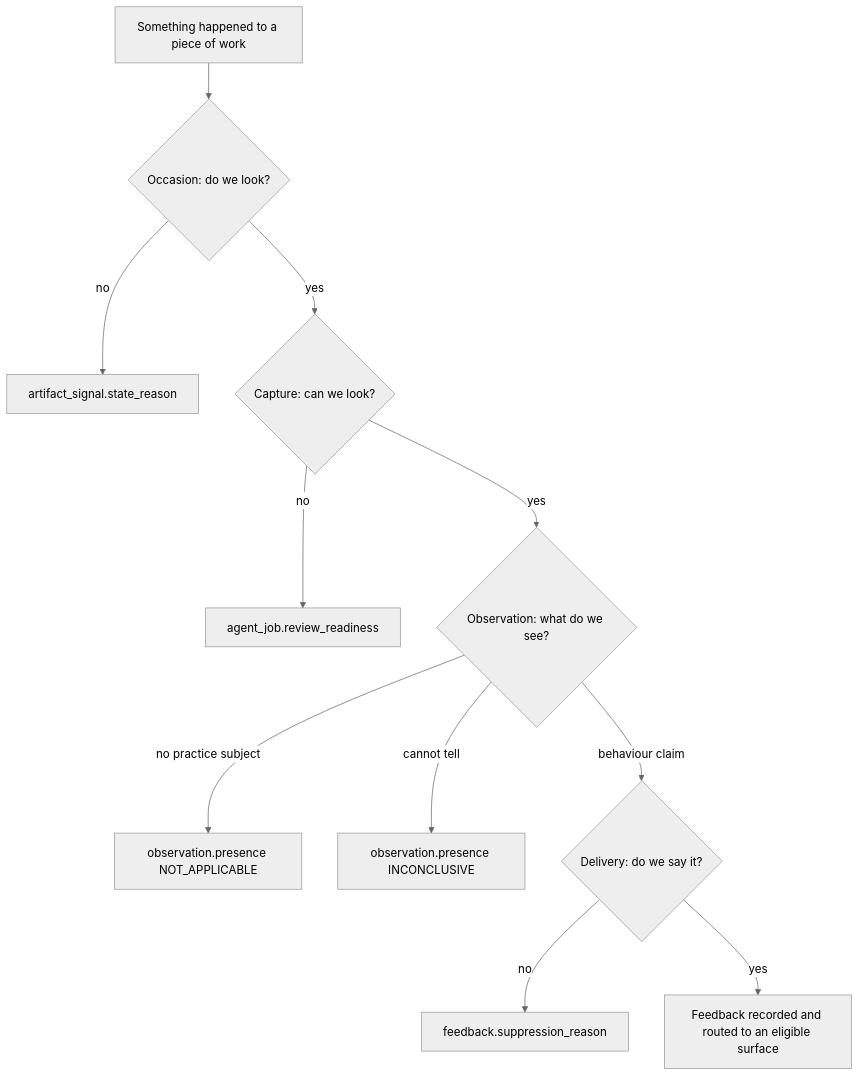
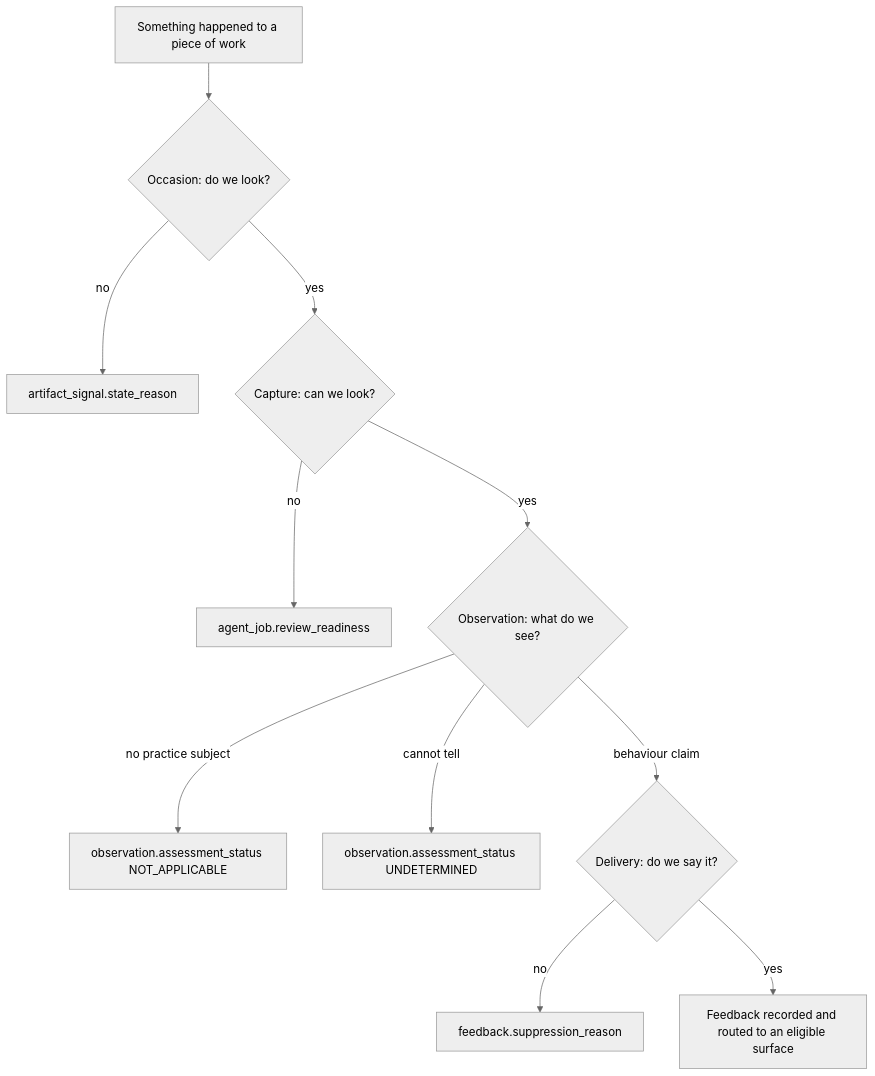
The first of 2 diagrams in docs/contributor/practice-review-pipeline.mdx (hephaestus-build/Hephaestus), drawn with Mermaid (neutral theme) before and after one commit. The commit also changed other lines of this file and 168 other files, not shown here.

Commit message:
feat(server): separate observation status, assessment and outcome (#2138)

````diff
--- a/docs/contributor/practice-review-pipeline.mdx
+++ b/docs/contributor/practice-review-pipeline.mdx
@@ -11,15 +11,15 @@
 ```mermaid
 flowchart TB
     accTitle: Practice review stages and their distinct exits
     accDescr: Work passes through occasion, evidence capture, observation, and delivery. Each stage records a different result when processing stops.
     Work[Something happened to a piece of work] --> Occasion{Occasion: do we look?}
     Occasion -->|no| Refused[artifact_signal.state_reason]
     Occasion -->|yes| Capture{Capture: can we look?}
     Capture -->|no| Unready[agent_job.review_readiness]
     Capture -->|yes| Observe{Observation: what do we see?}
-    Observe -->|no practice subject| NotApplicable[observation.presence NOT_APPLICABLE]
-    Observe -->|cannot tell| Inconclusive[observation.presence INCONCLUSIVE]
+    Observe -->|no practice subject| NotApplicable[observation.assessment_status NOT_APPLICABLE]
+    Observe -->|cannot tell| Undetermined[observation.assessment_status UNDETERMINED]
     Observe -->|behaviour claim| Deliver{Delivery: do we say it?}
     Deliver -->|no| Quiet[feedback.suppression_reason]
     Deliver -->|yes| Said[Feedback recorded and routed to an eligible surface]
 ```
````
